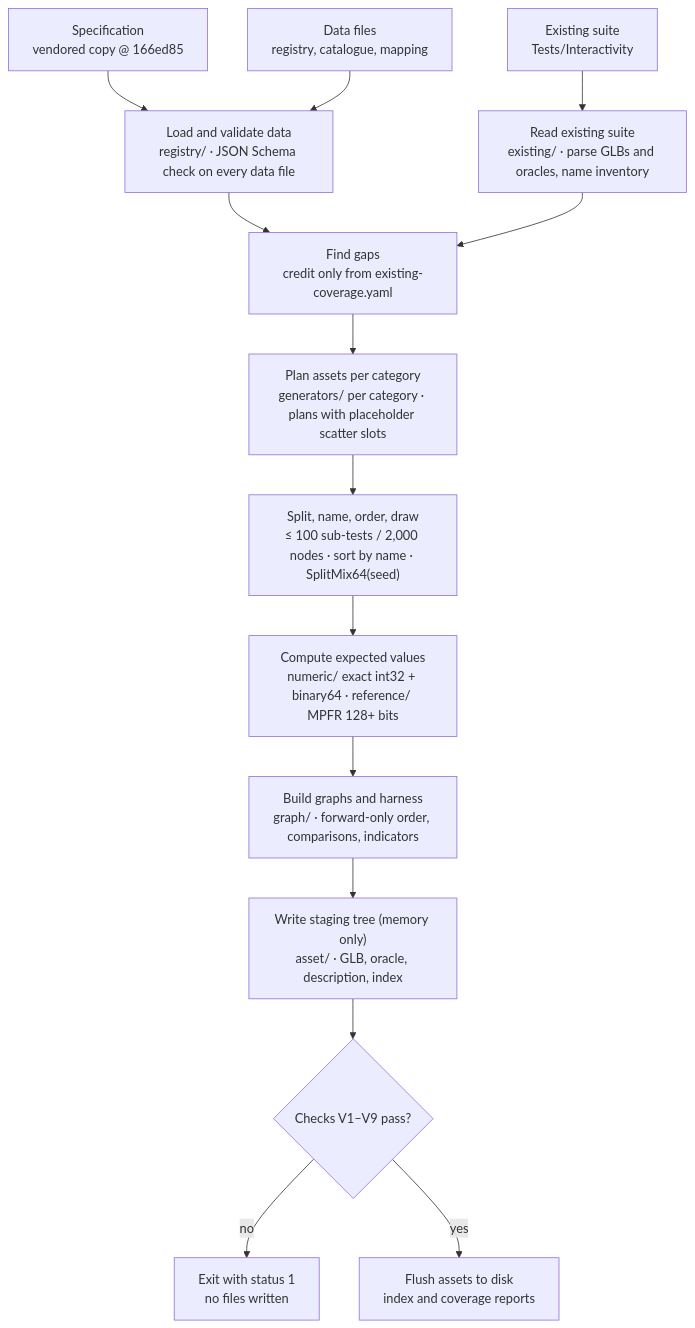
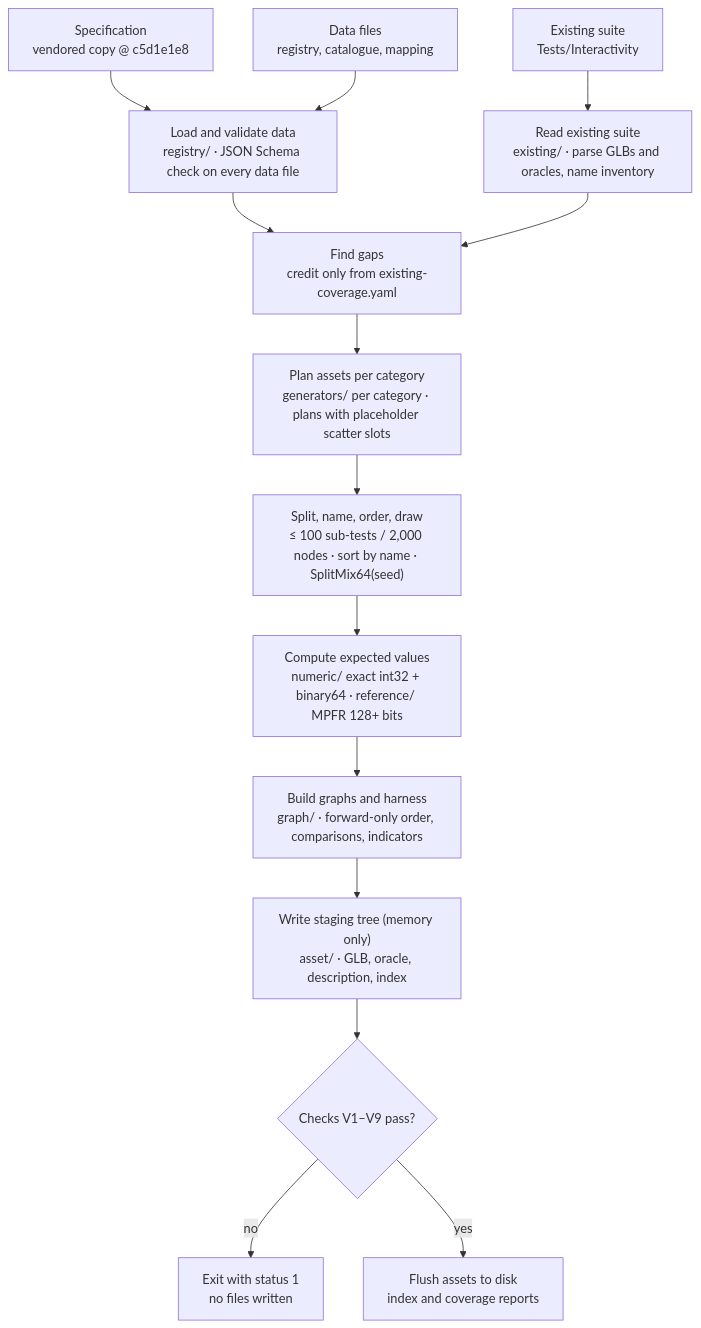
Before and after one commit to DRx3D/glTF-Test-Assets-Interactivity: the first of 2 diagrams in Documents/KHR_interactivity_test_generator_typescript_spec.md, drawn with Mermaid. The commit also changed other lines of this file and 3 other files, not shown here.

````diff
--- a/Documents/KHR_interactivity_test_generator_typescript_spec.md
+++ b/Documents/KHR_interactivity_test_generator_typescript_spec.md
@@ -95,17 +95,17 @@
 ```mermaid
 flowchart TD
-  spec["Specification<br/>vendored copy @ 166ed85"] --> load
+  spec["Specification<br/>vendored copy @ c5d1e1e8"] --> load
   data["Data files<br/>registry, catalogue, mapping"] --> load
   suite["Existing suite<br/>Tests/Interactivity"] --> read
   load["Load and validate data<br/>registry/ · JSON Schema check on every data file"] --> gaps
   read["Read existing suite<br/>existing/ · parse GLBs and oracles, name inventory"] --> gaps
   gaps["Find gaps<br/>credit only from existing-coverage.yaml"] --> plan
   plan["Plan assets per category<br/>generators/ per category · plans with placeholder scatter slots"] --> split
   split["Split, name, order, draw<br/>≤ 100 sub-tests / 2,000 nodes · sort by name · SplitMix64(seed)"] --> expected
   expected["Compute expected values<br/>numeric/ exact int32 + binary64 · reference/ MPFR 128+ bits"] --> build
   build["Build graphs and harness<br/>graph/ · forward-only order, comparisons, indicators"] --> stage
   stage["Write staging tree (memory only)<br/>asset/ · GLB, oracle, description, index"] --> checks
   checks{"Checks V1–V9 pass?"}
   checks -- no --> exit["Exit with status 1<br/>no files written"]
   checks -- yes --> flush["Flush assets to disk<br/>index and coverage reports"]
 ```
````
